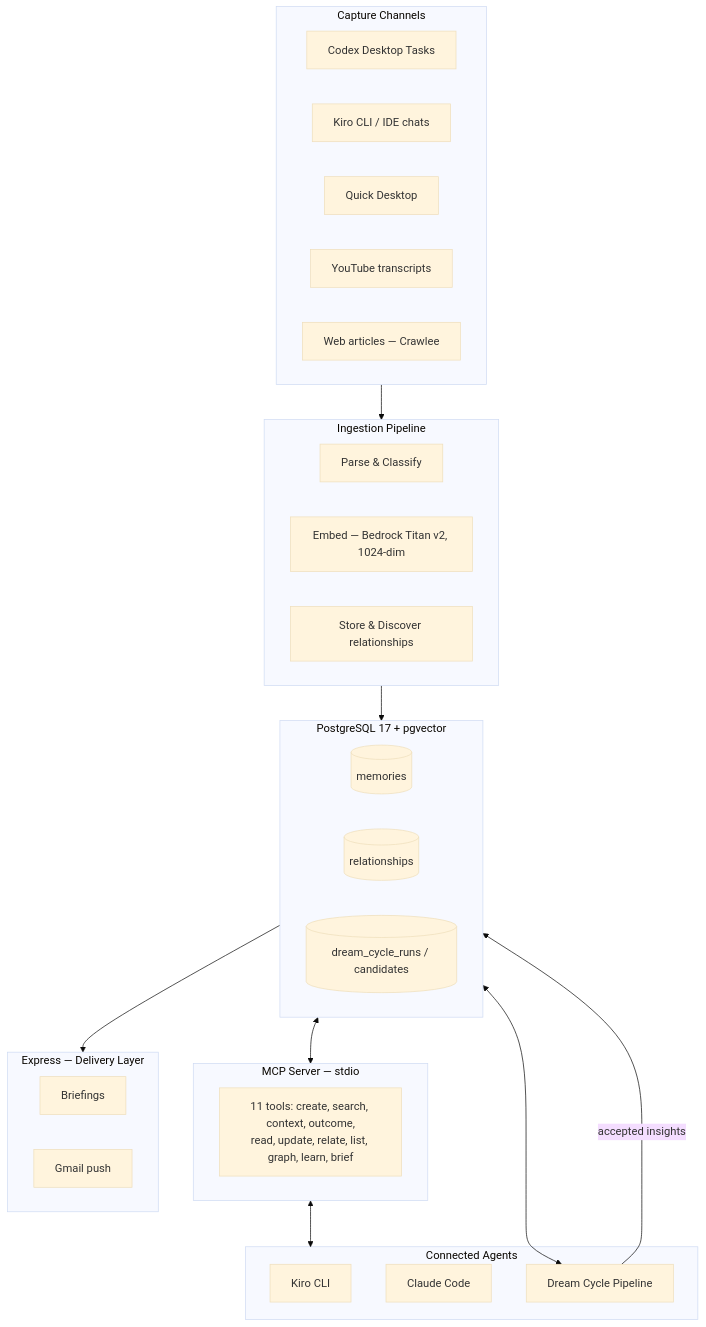
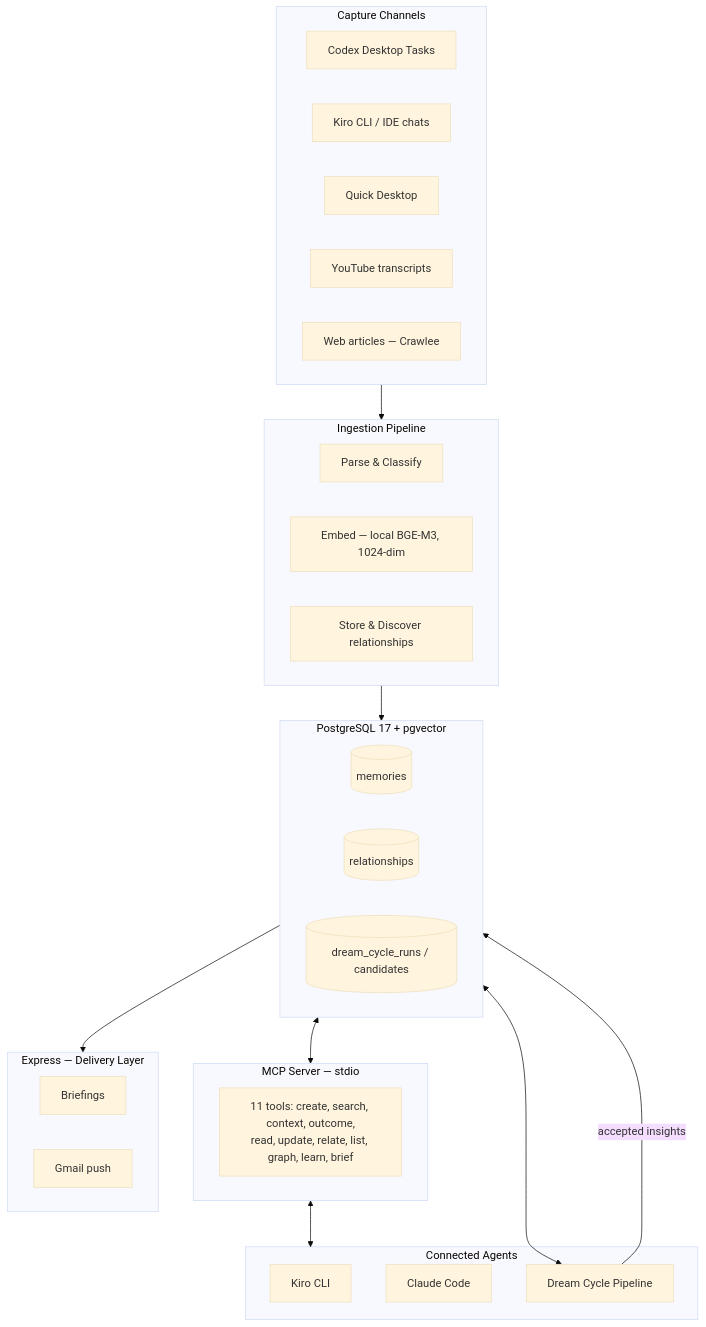
The diagram in docs/user-guide/architecture.md (Kerr1st/Second-Brain), drawn with Mermaid (base theme) before and after one commit. The commit also changed other lines of this file and 52 other files, not shown here.

````diff
--- a/docs/user-guide/architecture.md
+++ b/docs/user-guide/architecture.md
@@ -32,45 +32,45 @@
 ```mermaid
 flowchart TD
     subgraph Capture["Capture Channels"]
         CD[Codex Desktop Tasks]
         KC[Kiro CLI / IDE chats]
         QD[Quick Desktop]
         YT[YouTube transcripts]
         WA[Web articles — Crawlee]
     end
 
     subgraph Ingest["Ingestion Pipeline"]
         P[Parse & Classify]
-        E[Embed — Bedrock Titan v2, 1024-dim]
+        E[Embed — local BGE-M3, 1024-dim]
         S[Store & Discover relationships]
     end
 
     subgraph Store["PostgreSQL 17 + pgvector"]
         M[(memories)]
         R[(relationships)]
         DC[(dream_cycle_runs / candidates)]
     end
 
     subgraph MCP["MCP Server — stdio"]
         T[11 tools: create, search, context, outcome,\nread, update, relate, list, graph, learn, brief]
     end
 
     subgraph Agents["Connected Agents"]
         A1[Kiro CLI]
         A2[Claude Code]
         A3[Dream Cycle Pipeline]
     end
 
     subgraph Deliver["Express — Delivery Layer"]
         BR[Briefings]
         GP[Gmail push]
     end
 
     Capture --> Ingest
     Ingest --> Store
     Store <--> MCP
     MCP <--> Agents
     Store <--> A3
     A3 -->|accepted insights| Store
     Store --> Deliver
 ```
````
